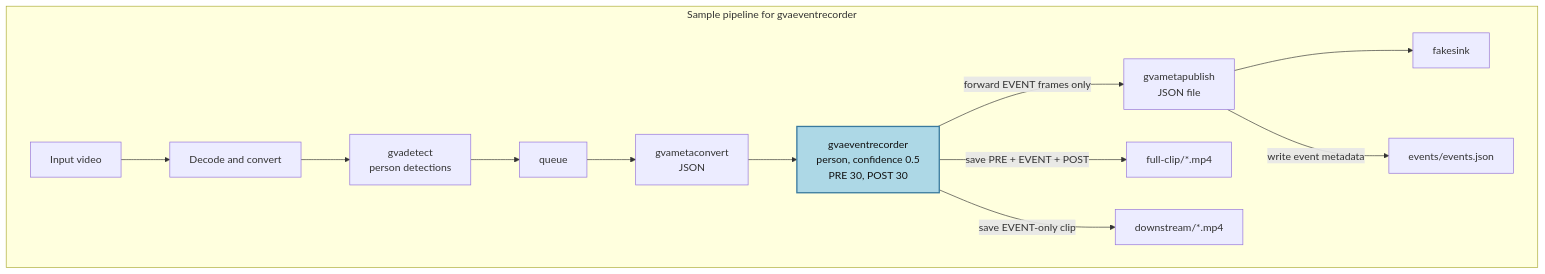
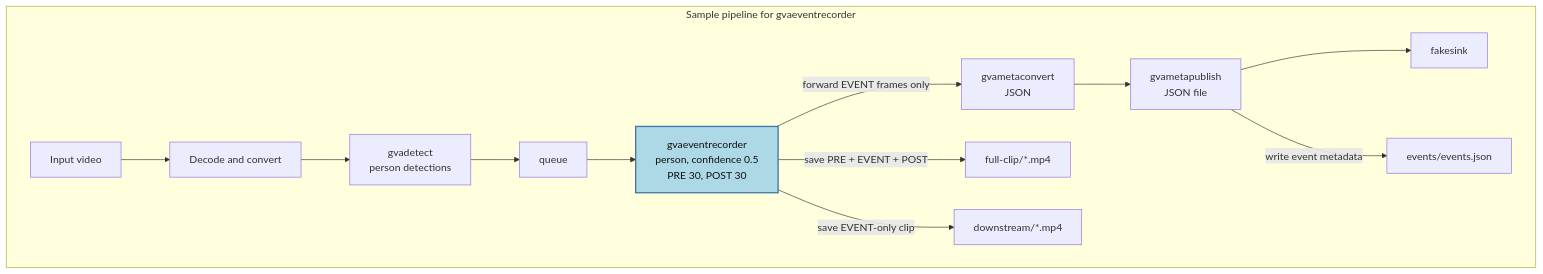
Before and after one commit to dlstreamer/dlstreamer: the diagram in samples/gstreamer/gst_launch/gvaeventrecorder/README.md, drawn with Mermaid. The commit also changed 14 other files, not shown here.

````diff
--- a/samples/gstreamer/gst_launch/gvaeventrecorder/README.md
+++ b/samples/gstreamer/gst_launch/gvaeventrecorder/README.md
@@ -8,17 +8,17 @@
 ```mermaid
 flowchart LR
 	subgraph Sample pipeline for gvaeventrecorder
 		direction LR
 		A[Input video] --> B[Decode and convert]
 		B --> C[gvadetect<br/>person detections]
 		C --> D[queue]
-		D --> E[gvametaconvert<br/>JSON]
-		E --> F[gvaeventrecorder<br/>person, confidence 0.5<br/>PRE 30, POST 30]
-		F -->|forward EVENT frames only| G[gvametapublish<br/>JSON file]
+		D --> F[gvaeventrecorder<br/>person, confidence 0.5<br/>PRE 30, POST 30]
+		F -->|forward EVENT frames only| E[gvametaconvert<br/>JSON]
+		E --> G[gvametapublish<br/>JSON file]
 		G --> H[fakesink]
 		F -->|save PRE + EVENT + POST| I[full-clip/*.mp4]
 		F -->|save EVENT-only clip| J[downstream/*.mp4]
 		G -->|write event metadata| K[events/events.json]
 		style F fill:#ADD8E6,color:#111,stroke:#397A9E,stroke-width:2px
 	end
 ```
````
